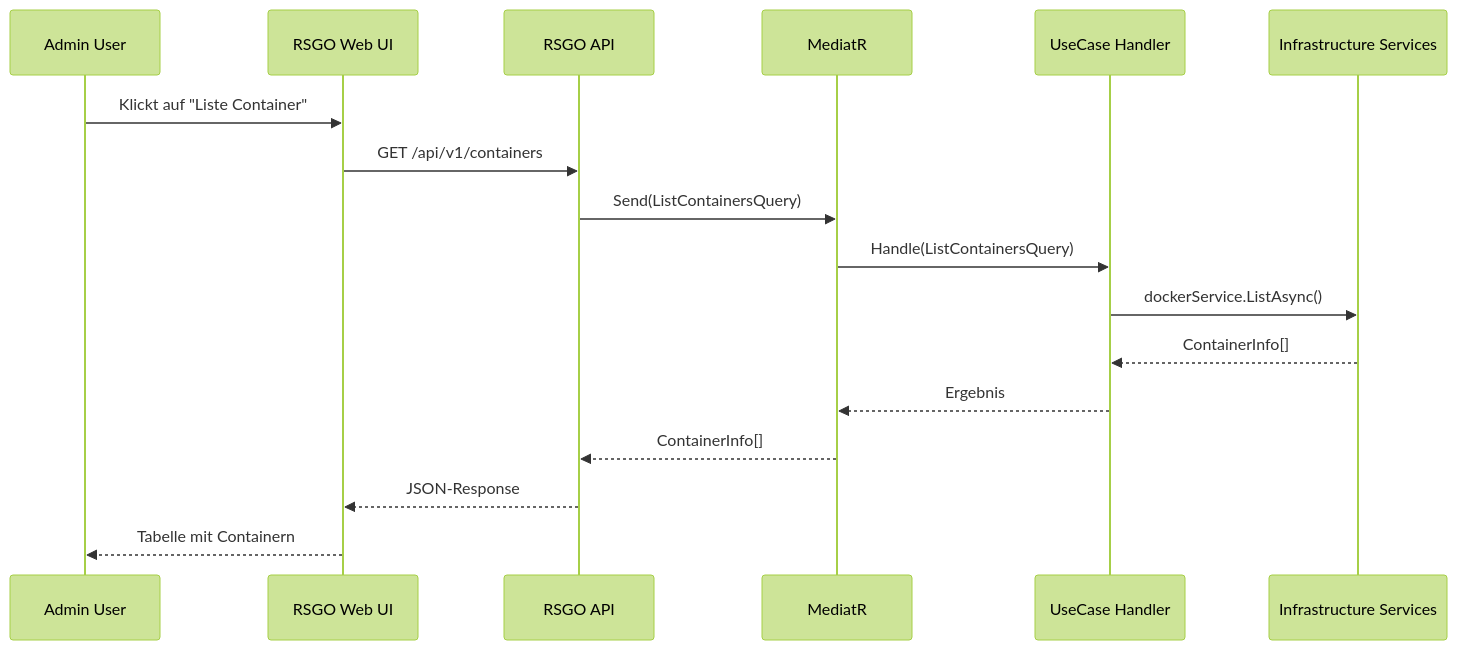
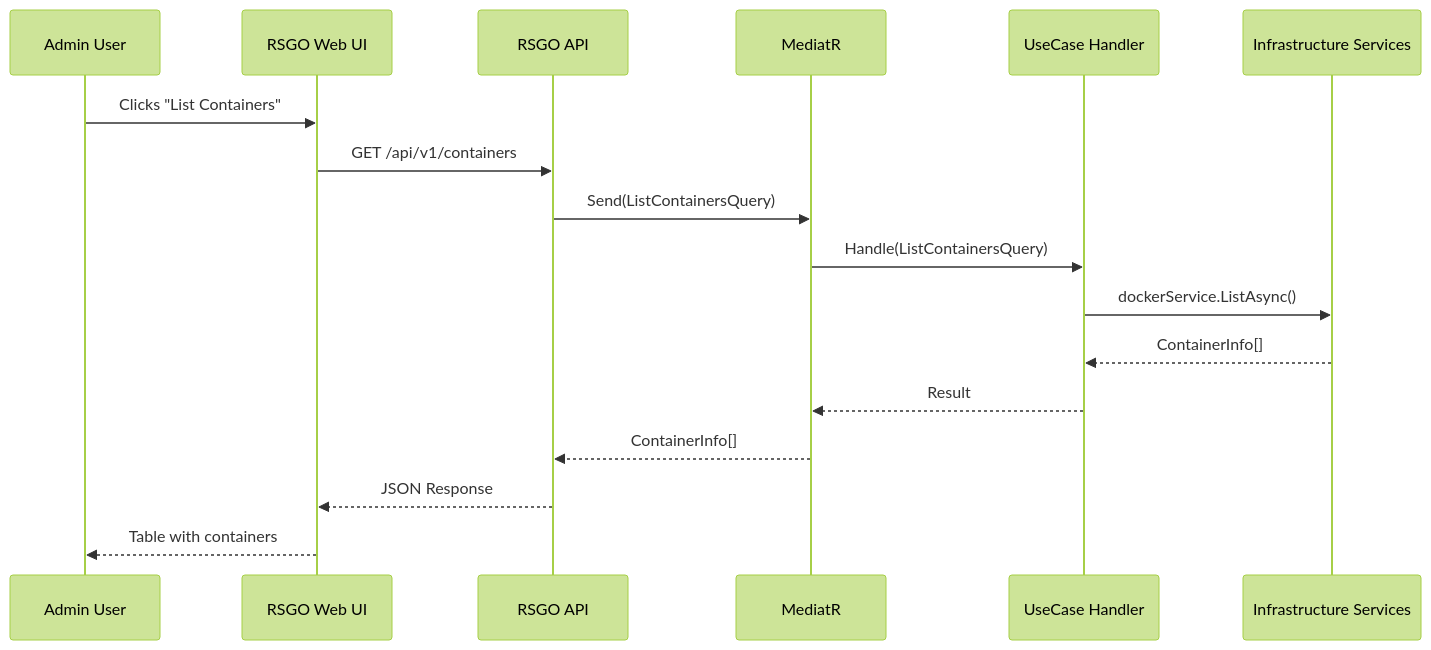
The second of 6 diagrams in docs/Architecture/Overview.md (Wiesenwischer/ReadyStackGo), drawn with Mermaid (forest theme) before and after one commit. The commit also changed other lines of this file and 37 other files, not shown here.

````diff
--- a/docs/Architecture/Overview.md
+++ b/docs/Architecture/Overview.md
@@ -146,20 +146,20 @@
 ```mermaid
 sequenceDiagram
     participant User as Admin User
     participant UI as RSGO Web UI
     participant API as RSGO API
     participant MED as MediatR
     participant APP as UseCase Handler
     participant INF as Infrastructure Services
 
-    User->>UI: Klickt auf "Liste Container"
+    User->>UI: Clicks "List Containers"
     UI->>API: GET /api/v1/containers
     API->>MED: Send(ListContainersQuery)
     MED->>APP: Handle(ListContainersQuery)
     APP->>INF: dockerService.ListAsync()
     INF-->>APP: ContainerInfo[]
-    APP-->>MED: Ergebnis
+    APP-->>MED: Result
     MED-->>API: ContainerInfo[]
-    API-->>UI: JSON-Response
-    UI-->>User: Tabelle mit Containern
+    API-->>UI: JSON Response
+    UI-->>User: Table with containers
 ```
````
